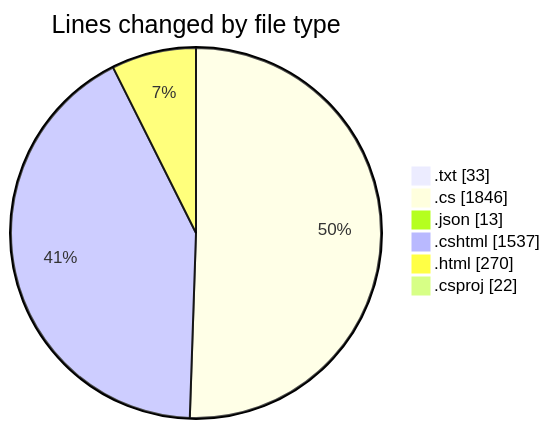
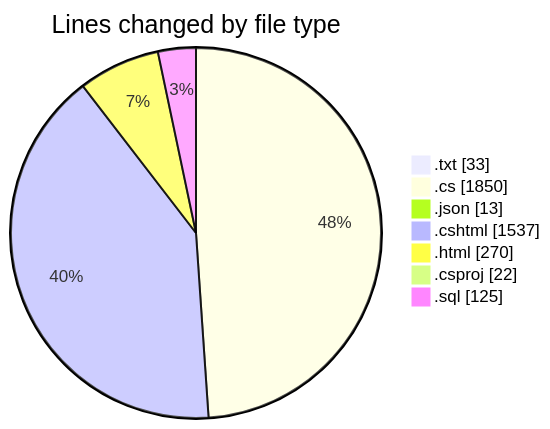
One commit to lephambinh05/code-tracking changed the first of 2 diagrams in 2025-07-27/quanlyrapchieuphim-1/README.md. Above: the diagram before and after it, drawn with Mermaid. The commit also changed other lines of this file and 1 other file, not shown here.

````diff
--- a/2025-07-27/quanlyrapchieuphim-1/README.md
+++ b/2025-07-27/quanlyrapchieuphim-1/README.md
@@ -39,10 +40,11 @@
 ```mermaid
 pie showData
 title Lines changed by file type
 ".txt" : 33
-".cs" : 1846
+".cs" : 1850
 ".json" : 13
 ".cshtml" : 1537
 ".html" : 270
 ".csproj" : 22
+".sql" : 125
 ```
````
